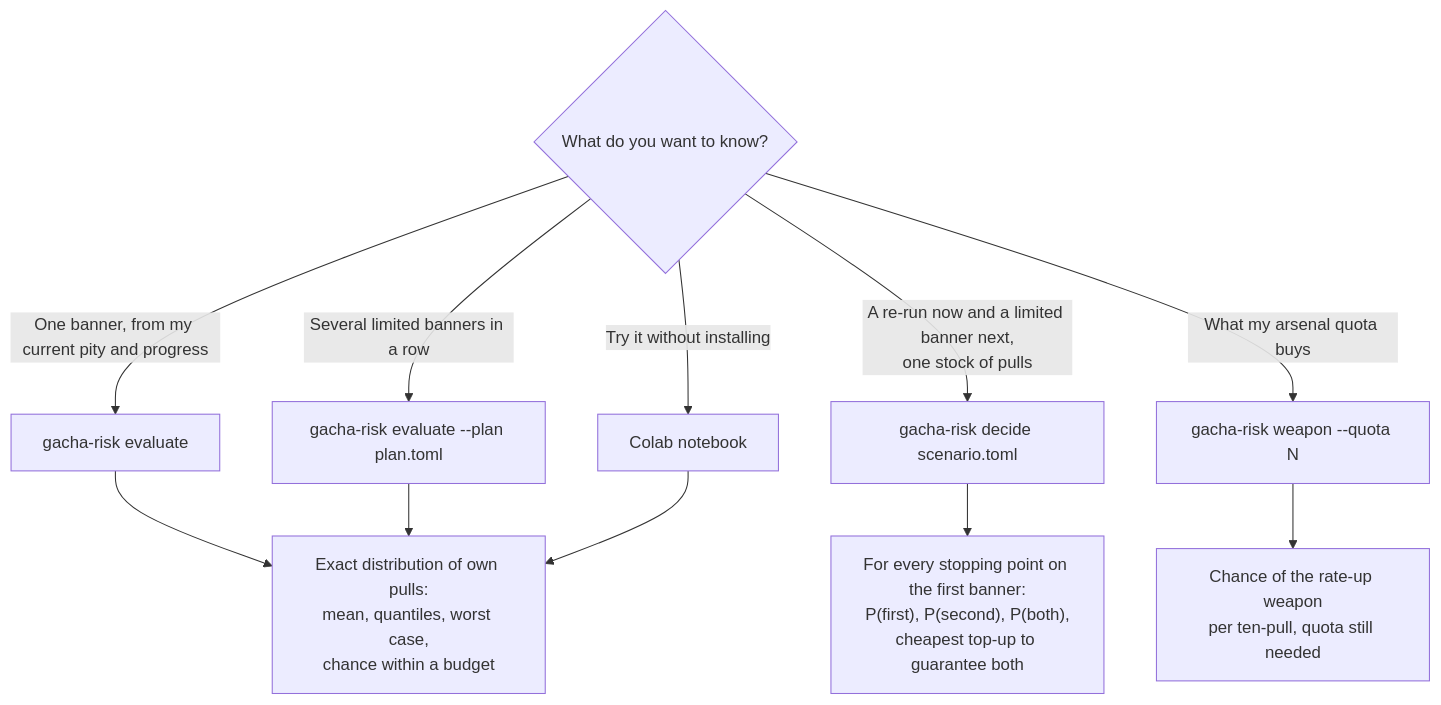
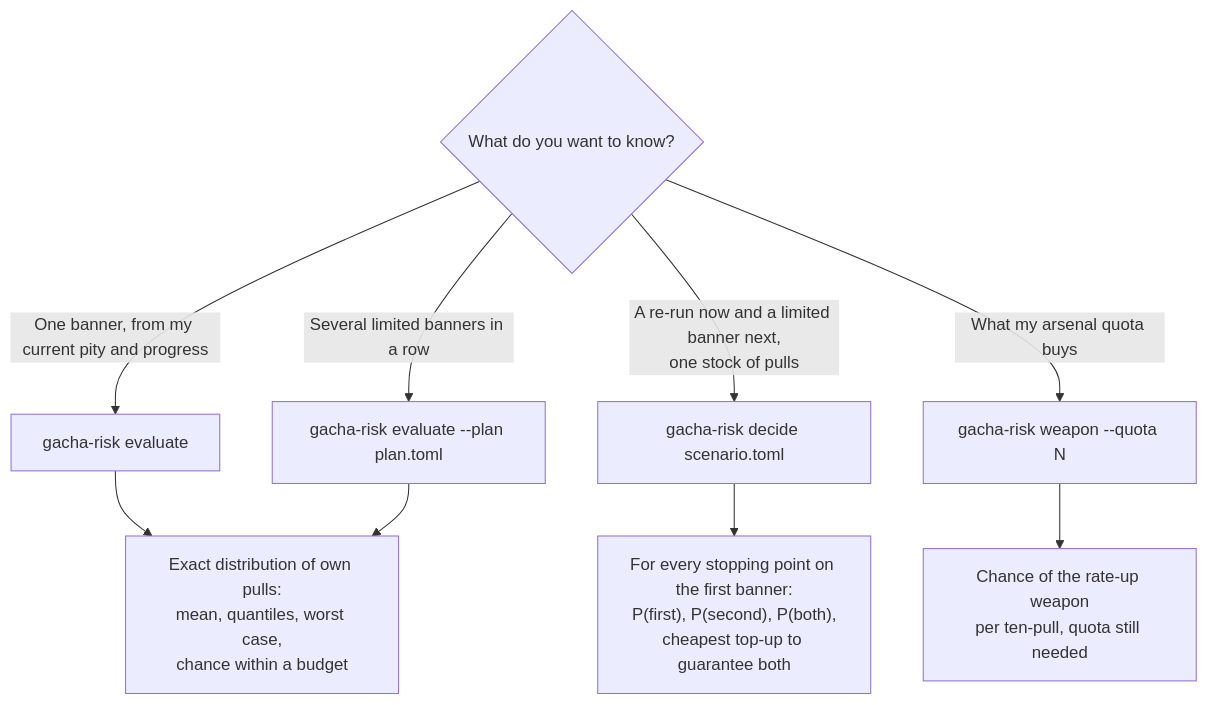
One commit to Isongzhe/arknights-endfield-gacha changed the first of 2 diagrams in README.md. Above: the diagram before and after it, drawn with Mermaid. The commit also changed other lines of this file and 7 other files, not shown here.

````diff
--- a/README.md
+++ b/README.md
@@ -42,14 +41,12 @@
 ```mermaid
 flowchart TD
     Q{What do you want to know?}
     Q -->|One banner, from my current pity and progress| E["gacha-risk evaluate"]
     Q -->|A re-run now and a limited banner next,<br/>one stock of pulls| D["gacha-risk decide scenario.toml"]
     Q -->|Several limited banners in a row| P["gacha-risk evaluate --plan plan.toml"]
     Q -->|What my arsenal quota buys| W["gacha-risk weapon --quota N"]
-    Q -->|Try it without installing| C["Colab notebook"]
     E --> R["Exact distribution of own pulls:<br/>mean, quantiles, worst case,<br/>chance within a budget"]
     D --> T["For every stopping point on the first banner:<br/>P(first), P(second), P(both),<br/>cheapest top-up to guarantee both"]
     P --> R
     W --> I["Chance of the rate-up weapon<br/>per ten-pull, quota still needed"]
-    C --> R
 ```
````
